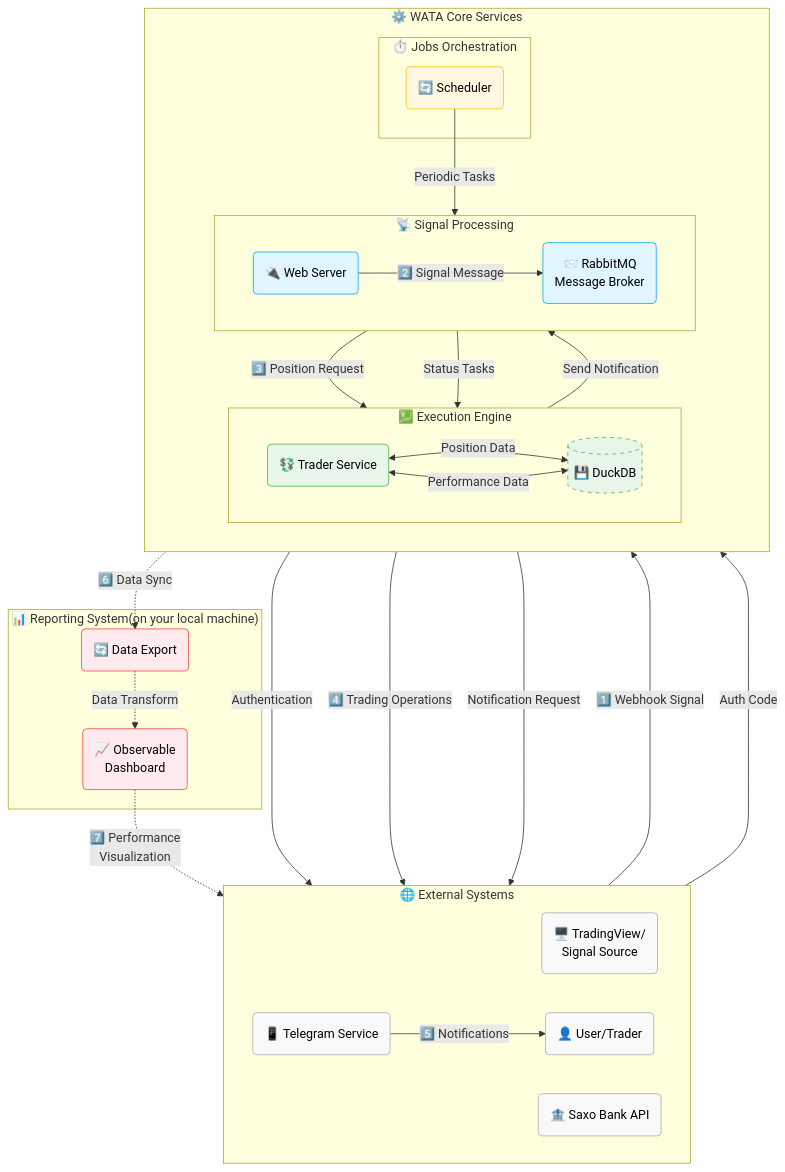
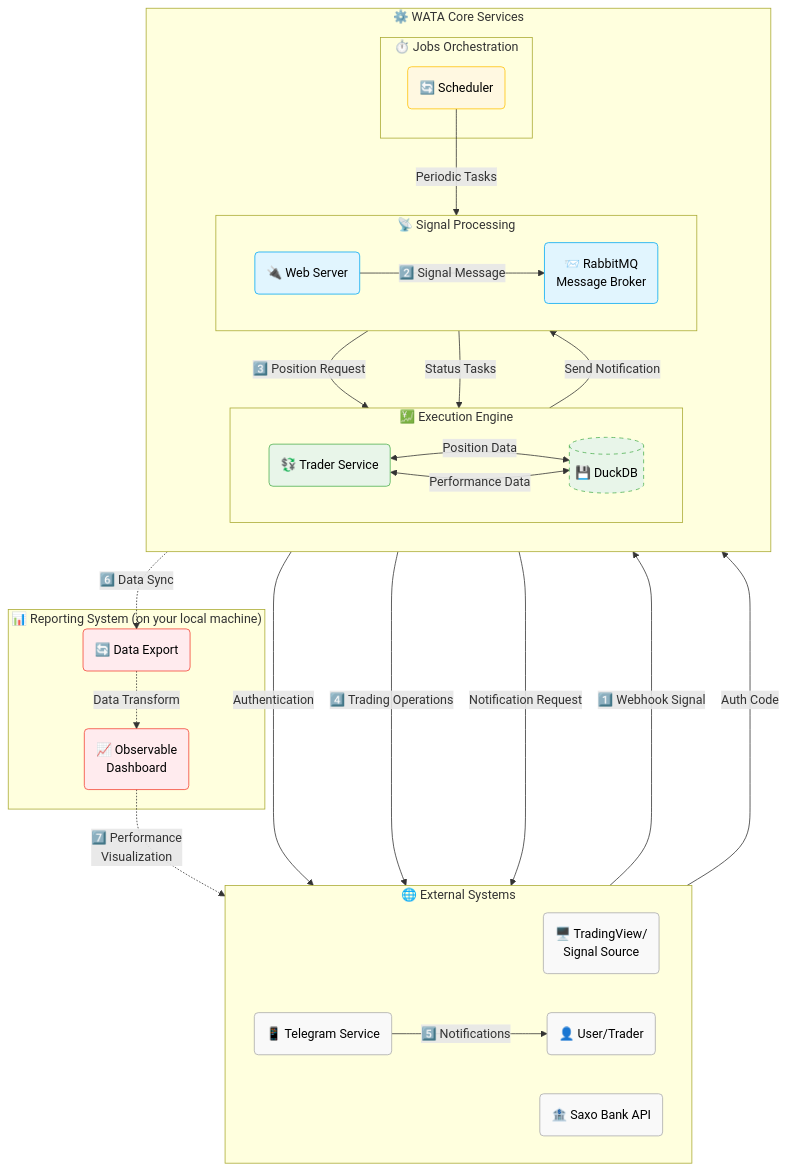
One commit to IOITI/WATA changed the diagram in README.md. Above: the diagram before and after it, drawn with Mermaid.

Commit message:
Reorganize Reporting System section in README for clarity and improved layout

````diff
--- a/README.md
+++ b/README.md
@@ -104,73 +104,71 @@
 ```mermaid
 flowchart TD
     %% Styling
     classDef external fill:#f9f9f9,stroke:#aaa,stroke-width:1px,color:#000
     classDef processing fill:#e1f5fe,stroke:#03a9f4,stroke-width:1px,color:#000
     classDef execution fill:#e8f5e9,stroke:#4caf50,stroke-width:1px,color:#000
     classDef jobs fill:#fff8e1,stroke:#ffc107,stroke-width:1px,color:#000
     classDef database fill:#f3e5f5,stroke:#9c27b0,stroke-width:2px,stroke-dasharray: 5 5,color:#000
     classDef reporting fill:#ffebee,stroke:#f44336,stroke-width:1px,color:#000
-    
-    
-            %% Reporting System
-    subgraph RepSys["📊 Reporting System(on your local machine)"]
-        EX("🔄 Data Export")
-        OD("📈 Observable<br>Dashboard")
-    end
     
     %% External Systems
     subgraph ExtSys["🌐 External Systems"]
         direction LR
         TV("🖥️ TradingView/<br>Signal Source")
         SB("🏦 Saxo Bank API")
         User("👤 User/Trader")
         TG("📱 Telegram Service")
     end
     
     %% WATA Core Services
     subgraph CoreSys["⚙️ WATA Core Services"]
         direction TB
         
         subgraph SigProc["📡 Signal Processing"]
             direction LR
             WS("🔌 Web Server")
             RMQ("📨 RabbitMQ<br>Message Broker")
         end
         
         subgraph ExecEng["💹 Execution Engine"]
             direction LR
             TR("💱 Trader Service")
             DB[("💾 DuckDB")]:::database
         end
         
         subgraph JobSvc["⏱️ Jobs Orchestration"]
             SC("🔄 Scheduler")
         end
     end
     
+    %% Reporting System
+    subgraph RepSys["📊 Reporting System (on your local machine)"]
+        EX("🔄 Data Export")
+        OD("📈 Observable<br>Dashboard")
+    end
     
     %% Connections with styled arrows
     TV -- "1️⃣ Webhook Signal" --> WS
     WS -- "2️⃣ Signal Message" --> RMQ
     RMQ -- "3️⃣ Position Request" --> TR
     TR -- "Authentication" --> SB
     User -- "Auth Code" --> TR
     TR -- "4️⃣ Trading Operations" --> SB
     TR -- "Send Notification" --> RMQ
     RMQ -- "Notification Request" --> TG
     TG -- "5️⃣ Notifications" --> User
     TR <-- "Position Data" --> DB
     SC -- "Periodic Tasks" --> RMQ
     RMQ -- "Status Tasks" --> TR
     TR <-- "Performance Data" --> DB
     DB -. "6️⃣ Data Sync" .-> EX
     EX -. "Data Transform" .-> OD
     OD -. "7️⃣ Performance<br>Visualization" .-> User
     
     %% Apply styles
     class TV,SB,User,TG external
     class WS,RMQ processing
     class TR,DB execution
     class SC jobs
     class EX,OD reporting
 ```
````
